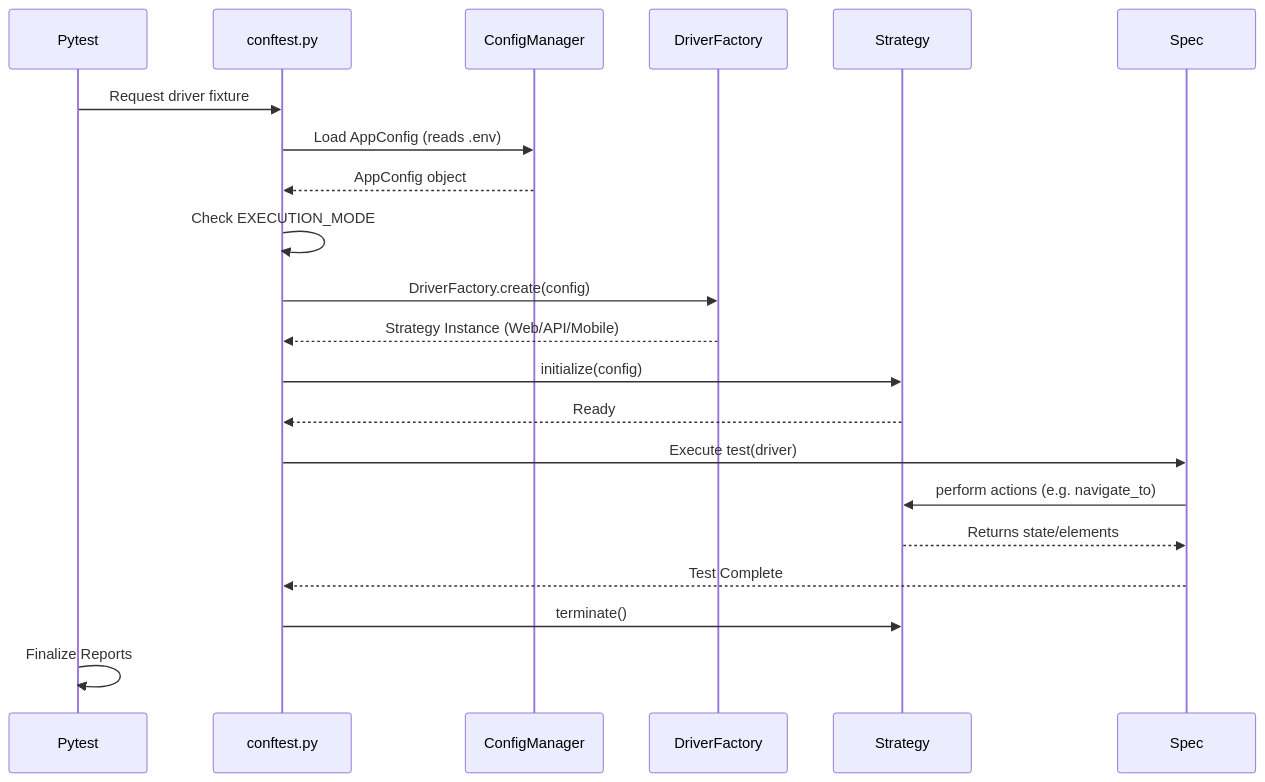
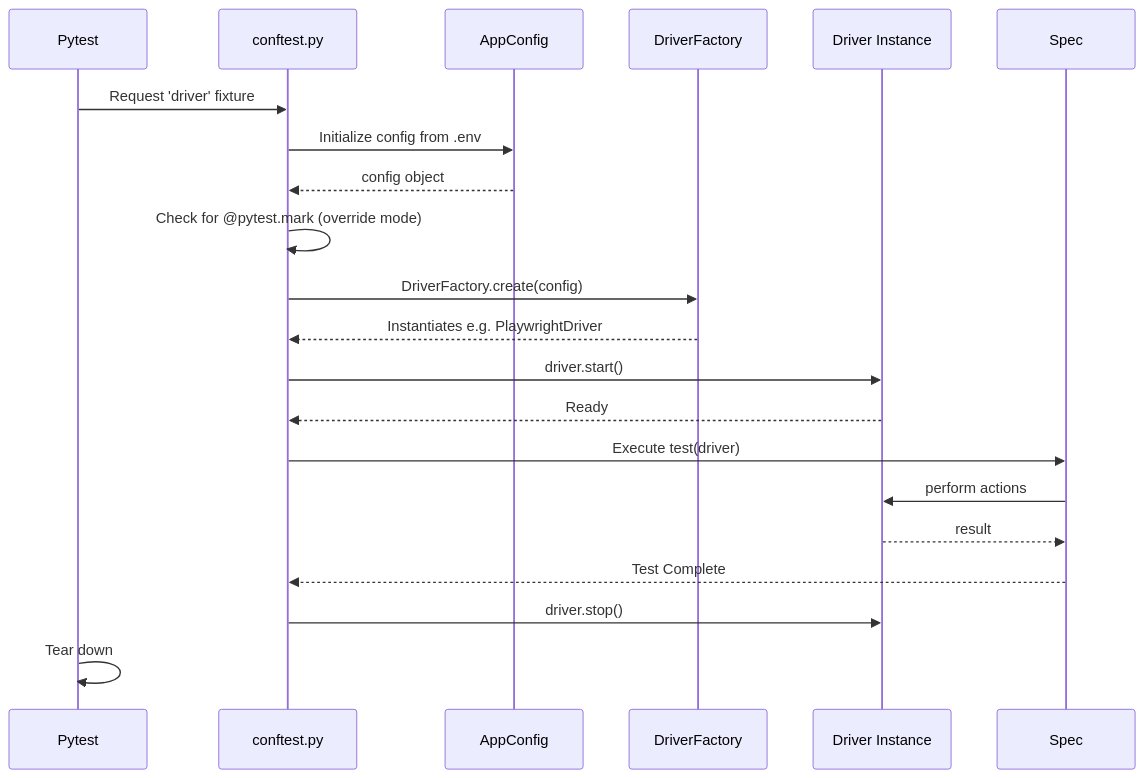
One commit to vinipx/TAFLEX-PY changed the second of 2 diagrams in docs/docs/architecture/overview.md. Above: the diagram before and after it, drawn with Mermaid. The commit also changed other lines of this file and 4 other files, not shown here.

Commit message:
docs: rewrite architecture, configuration and add scaffolding wizard section for modular framework

````diff
--- a/docs/docs/architecture/overview.md
+++ b/docs/docs/architecture/overview.md
@@ -181,24 +96,24 @@
 ```mermaid
 sequenceDiagram
     participant Suite as Pytest
     participant Conf as conftest.py
-    participant CM as ConfigManager
+    participant CFG as AppConfig
     participant DF as DriverFactory
-    participant Strat as Strategy
+    participant Drv as Driver Instance
     participant Test as Spec
 
-    Suite->>Conf: Request driver fixture
-    Conf->>CM: Load AppConfig (reads .env)
-    CM-->>Conf: AppConfig object
-    Conf->>Conf: Check EXECUTION_MODE
+    Suite->>Conf: Request 'driver' fixture
+    Conf->>CFG: Initialize config from .env
+    CFG-->>Conf: config object
+    Conf->>Conf: Check for @pytest.mark (override mode)
     Conf->>DF: DriverFactory.create(config)
-    DF-->>Conf: Strategy Instance (Web/API/Mobile)
-    Conf->>Strat: initialize(config)
-    Strat-->>Conf: Ready
+    DF-->>Conf: Instantiates e.g. PlaywrightDriver
+    Conf->>Drv: driver.start()
+    Drv-->>Conf: Ready
     Conf->>Test: Execute test(driver)
-    Test->>Strat: perform actions (e.g. navigate_to)
-    Strat-->>Test: Returns state/elements
+    Test->>Drv: perform actions
+    Drv-->>Test: result
     Test-->>Conf: Test Complete
-    Conf->>Strat: terminate()
-    Suite->>Suite: Finalize Reports
+    Conf->>Drv: driver.stop()
+    Suite->>Suite: Tear down
 ```
````
